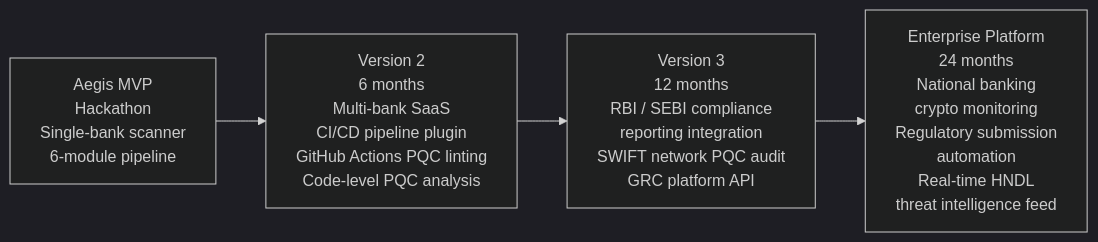
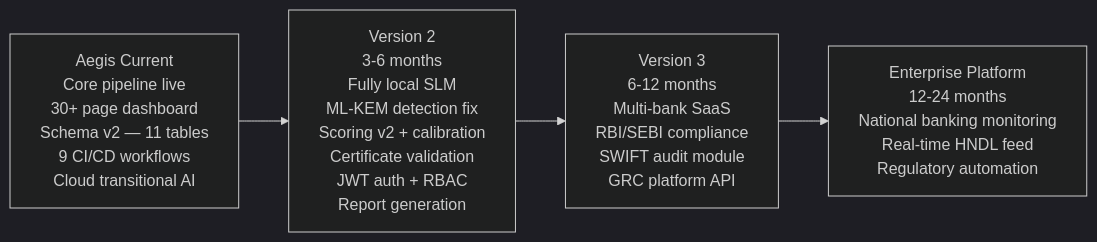
One commit to notgautham/Aegis changed the seventh of 7 diagrams in SOLUTION.md. Above: the diagram before and after it, drawn with Mermaid (dark theme). The commit also changed other lines of this file and 4 other files, not shown here.

````diff
--- a/SOLUTION.md
+++ b/SOLUTION.md
@@ -697,10 +806,10 @@
 ```mermaid
 graph LR
-    MVP[Aegis MVP<br>Hackathon<br>Single-bank scanner<br>6-module pipeline]
+    CURRENT[Aegis Current<br>Core pipeline live<br>30+ page dashboard<br>Schema v2 — 11 tables<br>9 CI/CD workflows<br>Cloud transitional AI]
 
-    MVP --> V2[Version 2<br>6 months<br>Multi-bank SaaS<br>CI/CD pipeline plugin<br>GitHub Actions PQC linting<br>Code-level PQC analysis]
+    CURRENT --> V2[Version 2<br>3-6 months<br>Fully local SLM<br>ML-KEM detection fix<br>Scoring v2 + calibration<br>Certificate validation<br>JWT auth + RBAC<br>Report generation]
 
-    V2 --> V3[Version 3<br>12 months<br>RBI / SEBI compliance<br>reporting integration<br>SWIFT network PQC audit<br>GRC platform API]
+    V2 --> V3[Version 3<br>6-12 months<br>Multi-bank SaaS<br>RBI/SEBI compliance<br>SWIFT audit module<br>GRC platform API]
 
-    V3 --> PLATFORM[Enterprise Platform<br>24 months<br>National banking<br>crypto monitoring<br>Regulatory submission<br>automation<br>Real-time HNDL<br>threat intelligence feed]
+    V3 --> PLATFORM[Enterprise Platform<br>12-24 months<br>National banking monitoring<br>Real-time HNDL feed<br>Regulatory automation]
 ```
````
